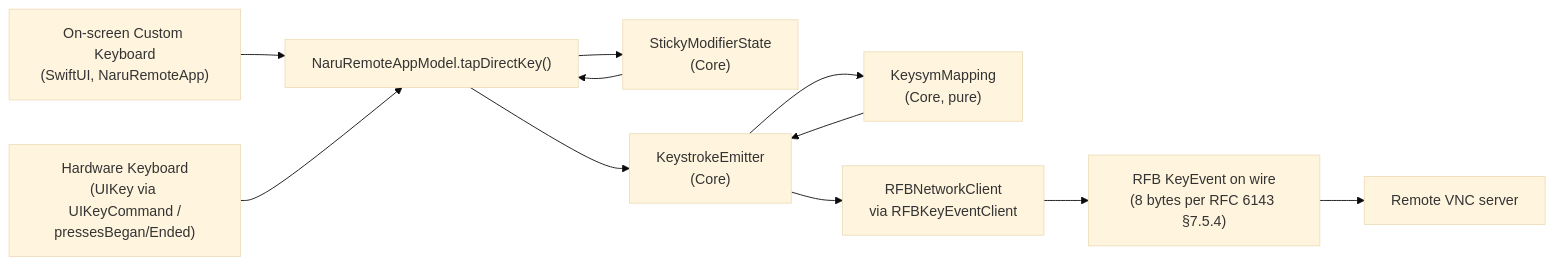
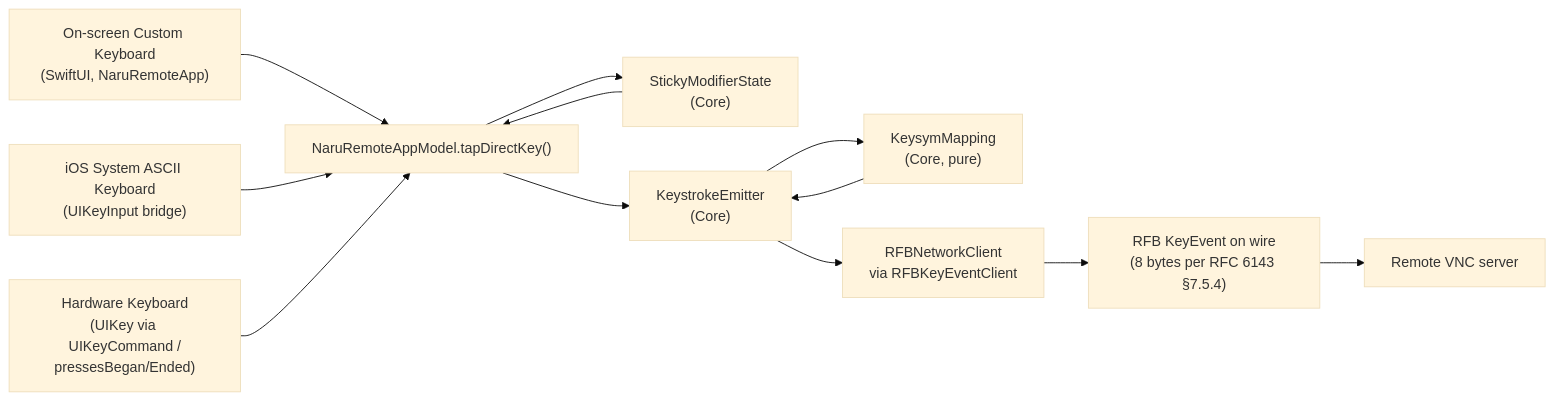
The diagram in specs/002-direct-keystroke-mode/plan.md (midagedev/naru-remote), drawn with Mermaid (base theme) before and after one commit. The commit also changed other lines of this file and 9 other files, not shown here.

````diff
--- a/specs/002-direct-keystroke-mode/plan.md
+++ b/specs/002-direct-keystroke-mode/plan.md
@@ -107,13 +109,14 @@
 ```mermaid
 flowchart LR
     A["On-screen Custom Keyboard<br/>(SwiftUI, NaruRemoteApp)"] --> M["NaruRemoteAppModel.tapDirectKey()"]
+    I["iOS System ASCII Keyboard<br/>(UIKeyInput bridge)"] --> M
     H["Hardware Keyboard<br/>(UIKey via UIKeyCommand /<br/>pressesBegan/Ended)"] --> M
     M --> S["StickyModifierState<br/>(Core)"]
     S --> M
     M --> E["KeystrokeEmitter<br/>(Core)"]
     E --> K["KeysymMapping<br/>(Core, pure)"]
     K --> E
     E --> N["RFBNetworkClient<br/>via RFBKeyEventClient"]
     N --> R["RFB KeyEvent on wire<br/>(8 bytes per RFC 6143 §7.5.4)"]
     R --> X["Remote VNC server"]
 ```
````
